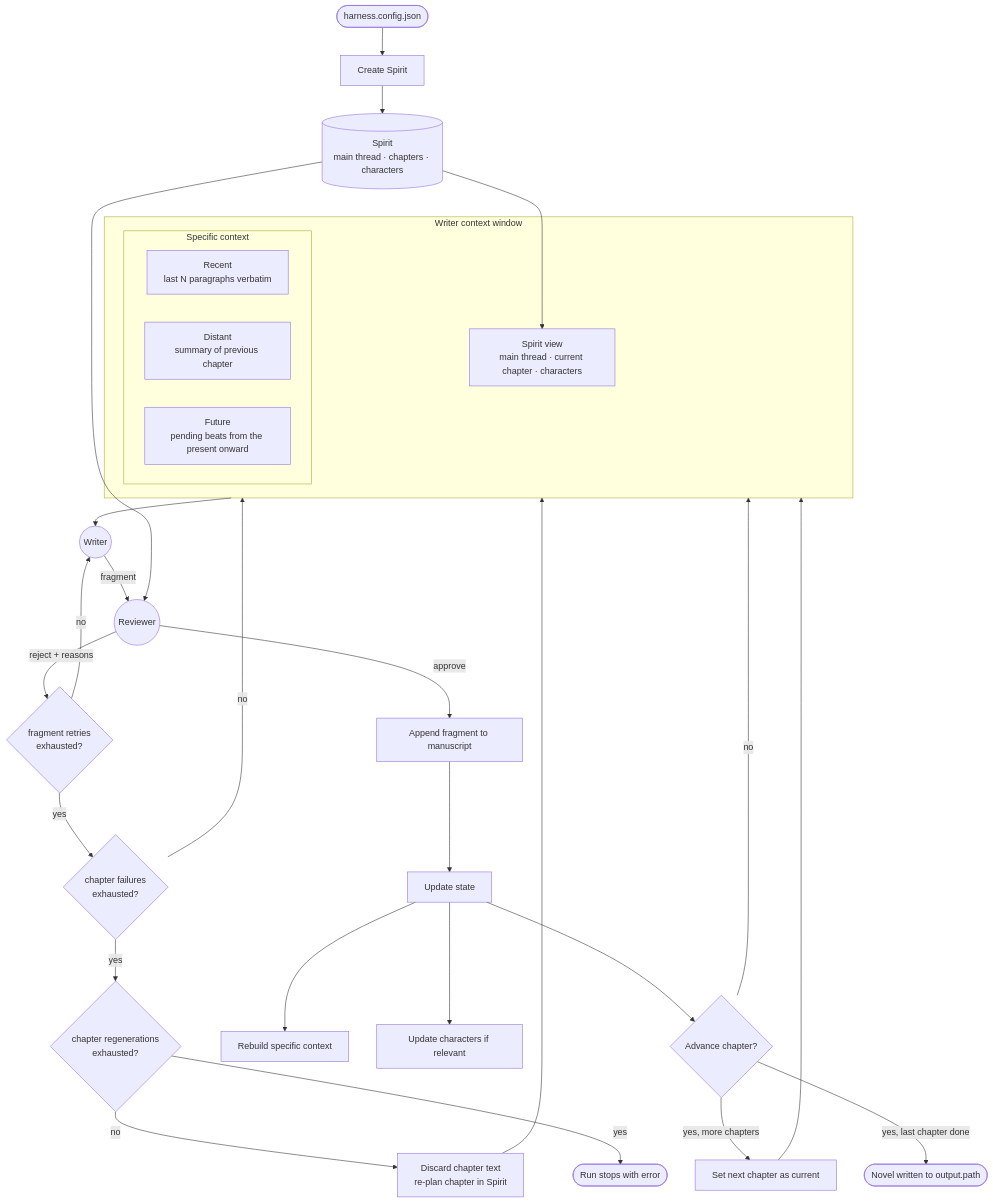
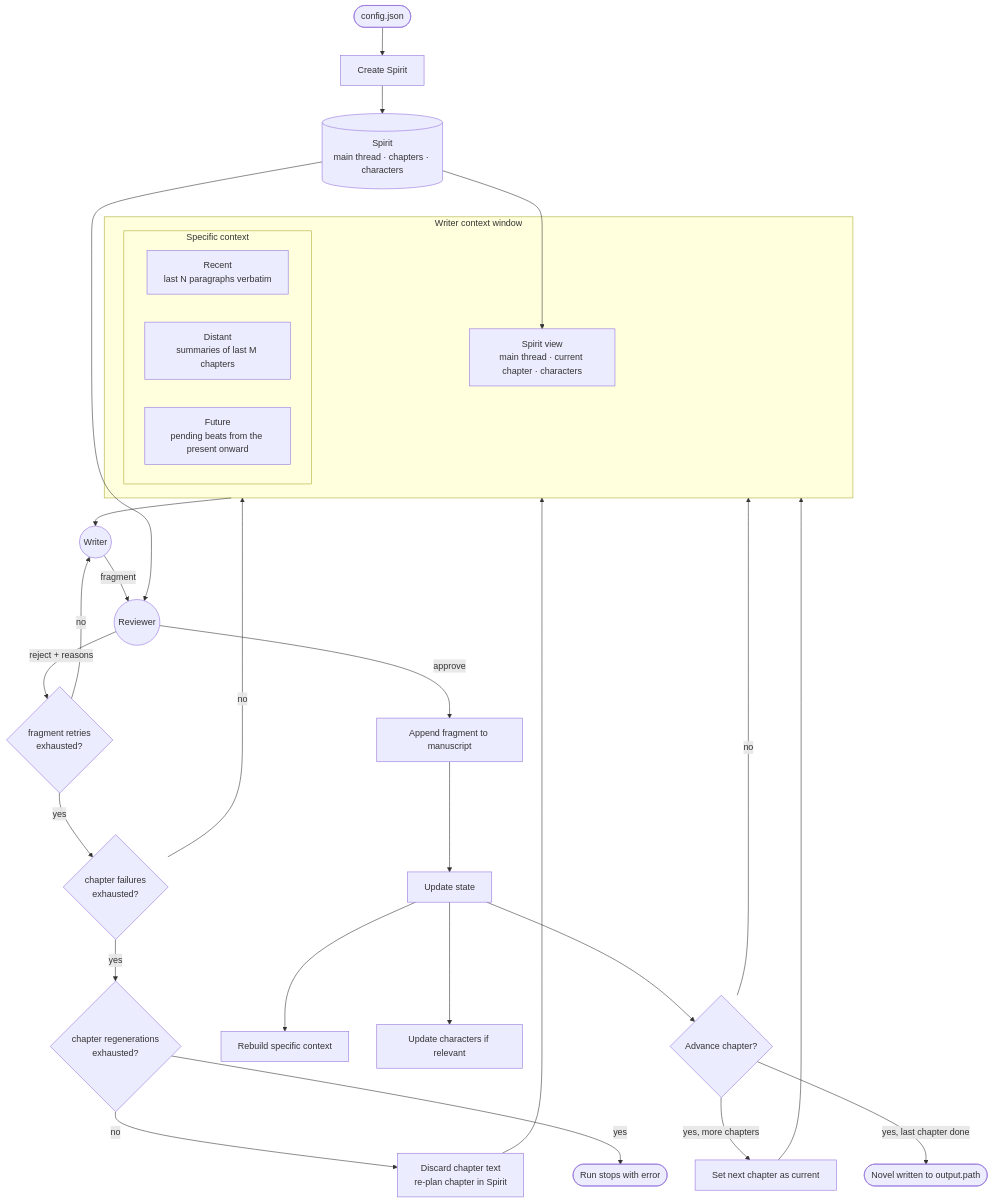
The diagram in Specs/Spec1.md (ignacio-hurtado-qaracter/My-Story-Marker), drawn with Mermaid before and after one commit. The commit also changed other lines of this file and 1 other file, not shown here.

````diff
--- a/Specs/Spec1.md
+++ b/Specs/Spec1.md
@@ -46,37 +48,37 @@
 ```mermaid
 flowchart TD
-    CFG([harness.config.json]) --> S0[Create Spirit]
+    CFG([config.json]) --> S0[Create Spirit]
     S0 --> SP[(Spirit<br/>main thread · chapters · characters)]
 
     subgraph CW[Writer context window]
         SPv[Spirit view<br/>main thread · current chapter · characters]
         subgraph SC[Specific context]
             R[Recent<br/>last N paragraphs verbatim]
-            D[Distant<br/>summary of previous chapter]
+            D[Distant<br/>summaries of last M chapters]
             F[Future<br/>pending beats from the present onward]
         end
     end
 
     SP --> SPv
     CW --> W((Writer))
     W -->|fragment| REV((Reviewer))
     SP --> REV
 
     REV -->|reject + reasons| RC{fragment retries<br/>exhausted?}
     RC -->|no| W
     RC -->|yes| FC{chapter failures<br/>exhausted?}
     FC -->|no| CW
     FC -->|yes| RG{chapter regenerations<br/>exhausted?}
     RG -->|no| REPLAN[Discard chapter text<br/>re-plan chapter in Spirit] --> CW
     RG -->|yes| ERR([Run stops with error])
 
     REV -->|approve| APP[Append fragment to manuscript]
 
     APP --> UPD[Update state]
     UPD --> UC[Rebuild specific context]
     UPD --> UCH[Update characters if relevant]
     UPD --> ADV{Advance chapter?}
     ADV -->|no| CW
     ADV -->|yes, more chapters| NEXT[Set next chapter as current] --> CW
     ADV -->|yes, last chapter done| END([Novel written to output.path])
 ```
````
